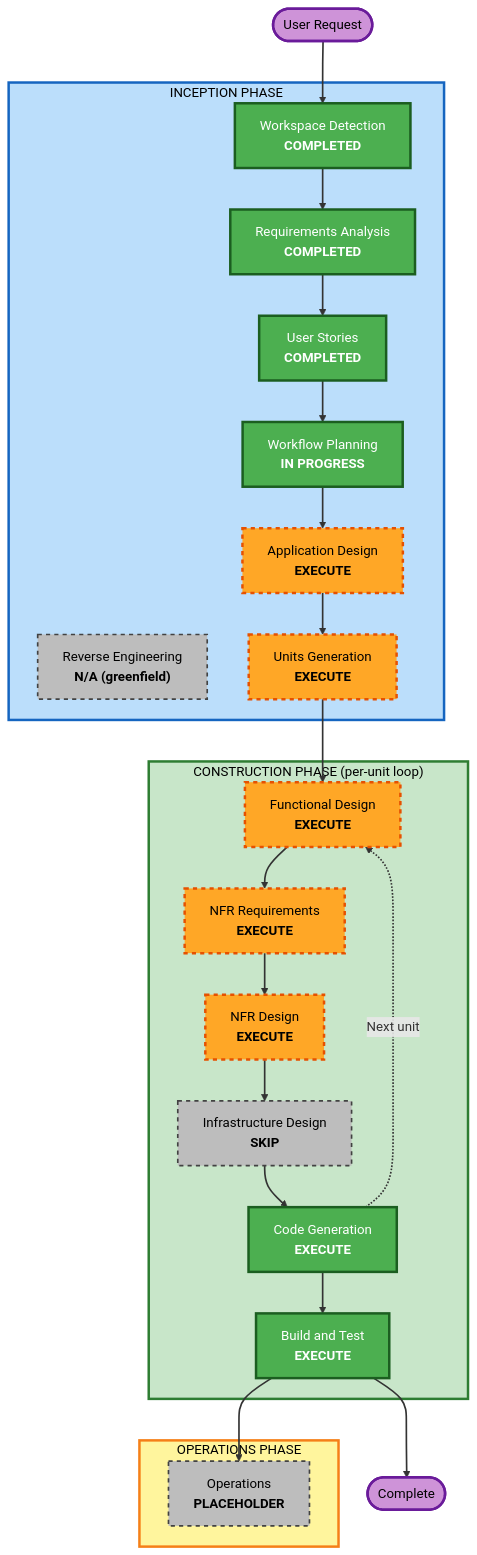
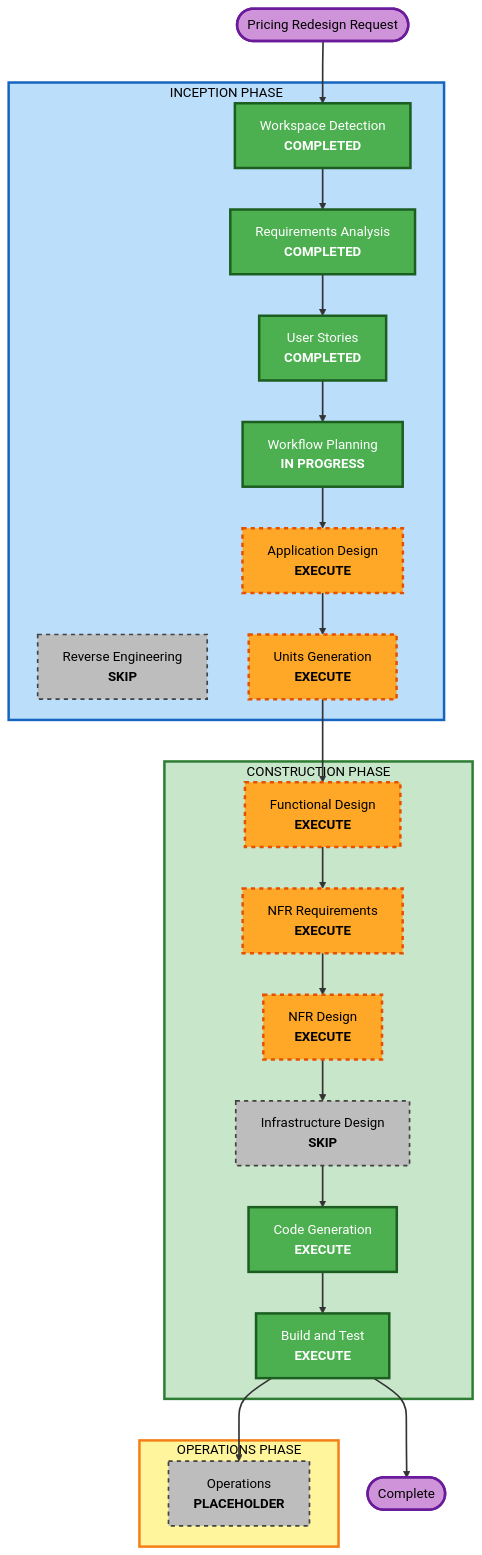
The diagram in aidlc-docs/inception/plans/execution-plan.md (woodske/dayswork), drawn with Mermaid before and after one commit. The commit also changed other lines of this file and 2 other files, not shown here.

````diff
--- a/aidlc-docs/inception/plans/execution-plan.md
+++ b/aidlc-docs/inception/plans/execution-plan.md
@@ -35,68 +62,67 @@
 ```mermaid
 flowchart TD
-    Start(["User Request"])
+    Start(["Pricing Redesign Request"])
 
     subgraph INCEPTION["INCEPTION PHASE"]
         WD["Workspace Detection<br/><b>COMPLETED</b>"]
-        RE["Reverse Engineering<br/><b>N/A (greenfield)</b>"]
+        RE["Reverse Engineering<br/><b>SKIP</b>"]
         RA["Requirements Analysis<br/><b>COMPLETED</b>"]
         US["User Stories<br/><b>COMPLETED</b>"]
         WP["Workflow Planning<br/><b>IN PROGRESS</b>"]
         AD["Application Design<br/><b>EXECUTE</b>"]
         UG["Units Generation<br/><b>EXECUTE</b>"]
     end
 
-    subgraph CONSTRUCTION["CONSTRUCTION PHASE (per-unit loop)"]
+    subgraph CONSTRUCTION["CONSTRUCTION PHASE"]
         FD["Functional Design<br/><b>EXECUTE</b>"]
         NFRA["NFR Requirements<br/><b>EXECUTE</b>"]
         NFRD["NFR Design<br/><b>EXECUTE</b>"]
         ID["Infrastructure Design<br/><b>SKIP</b>"]
         CG["Code Generation<br/><b>EXECUTE</b>"]
         BT["Build and Test<br/><b>EXECUTE</b>"]
     end
 
     subgraph OPERATIONS["OPERATIONS PHASE"]
         OPS["Operations<br/><b>PLACEHOLDER</b>"]
     end
 
     Start --> WD
     WD --> RA
     RA --> US
     US --> WP
     WP --> AD
     AD --> UG
     UG --> FD
     FD --> NFRA
     NFRA --> NFRD
     NFRD --> ID
     ID --> CG
-    CG -.->|Next unit| FD
     CG --> BT
+    BT --> End(["Complete"])
     BT --> OPS
-    BT --> End(["Complete"])
 
     style WD fill:#4CAF50,stroke:#1B5E20,stroke-width:3px,color:#fff
     style RA fill:#4CAF50,stroke:#1B5E20,stroke-width:3px,color:#fff
     style US fill:#4CAF50,stroke:#1B5E20,stroke-width:3px,color:#fff
     style WP fill:#4CAF50,stroke:#1B5E20,stroke-width:3px,color:#fff
     style CG fill:#4CAF50,stroke:#1B5E20,stroke-width:3px,color:#fff
     style BT fill:#4CAF50,stroke:#1B5E20,stroke-width:3px,color:#fff
 
     style AD fill:#FFA726,stroke:#E65100,stroke-width:3px,stroke-dasharray: 5 5,color:#000
     style UG fill:#FFA726,stroke:#E65100,stroke-width:3px,stroke-dasharray: 5 5,color:#000
     style FD fill:#FFA726,stroke:#E65100,stroke-width:3px,stroke-dasharray: 5 5,color:#000
     style NFRA fill:#FFA726,stroke:#E65100,stroke-width:3px,stroke-dasharray: 5 5,color:#000
     style NFRD fill:#FFA726,stroke:#E65100,stroke-width:3px,stroke-dasharray: 5 5,color:#000
 
     style RE fill:#BDBDBD,stroke:#424242,stroke-width:2px,stroke-dasharray: 5 5,color:#000
     style ID fill:#BDBDBD,stroke:#424242,stroke-width:2px,stroke-dasharray: 5 5,color:#000
     style OPS fill:#BDBDBD,stroke:#424242,stroke-width:2px,stroke-dasharray: 5 5,color:#000
 
     style INCEPTION fill:#BBDEFB,stroke:#1565C0,stroke-width:3px,color:#000
     style CONSTRUCTION fill:#C8E6C9,stroke:#2E7D32,stroke-width:3px,color:#000
     style OPERATIONS fill:#FFF59D,stroke:#F57F17,stroke-width:3px,color:#000
     style Start fill:#CE93D8,stroke:#6A1B9A,stroke-width:3px,color:#000
     style End fill:#CE93D8,stroke:#6A1B9A,stroke-width:3px,color:#000
 
     linkStyle default stroke:#333,stroke-width:2px
 ```
````
